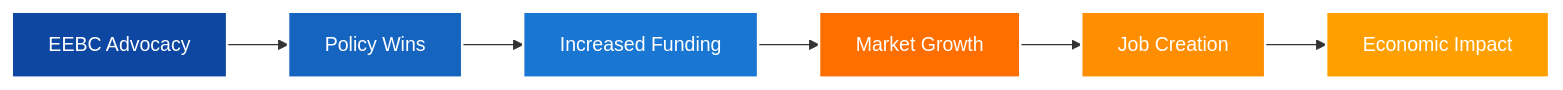
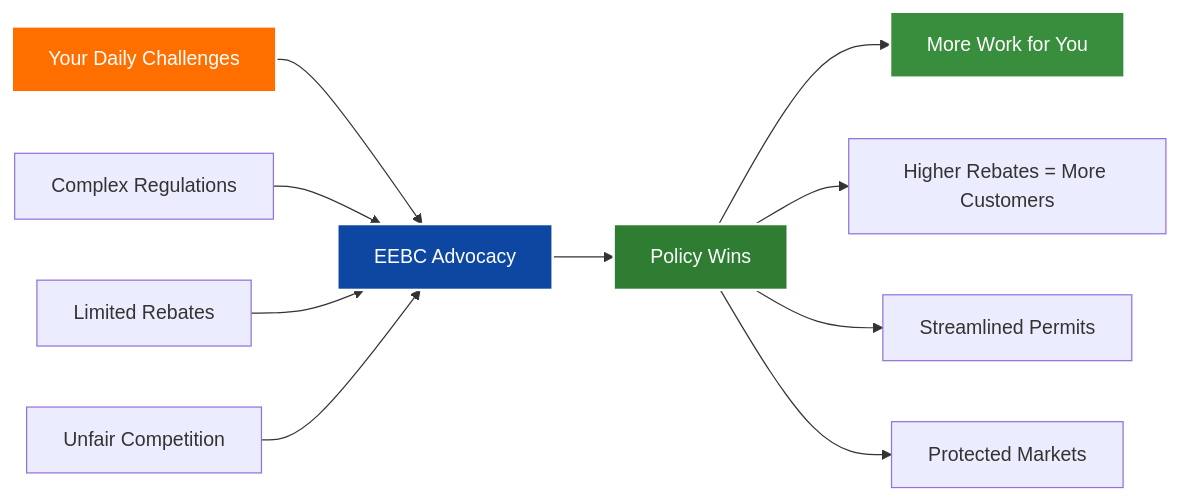
One commit to KontangoOSS/EEBCO_Main changed the first of 2 diagrams in README.md. Above: the diagram before and after it, drawn with Mermaid. The commit also changed other lines of this file, not shown here.

````diff
--- a/README.md
+++ b/README.md
@@ -154,15 +117,19 @@
 ```mermaid
 graph LR
-    A[EEBC Advocacy] --> B[Policy Wins]
-    B --> C[Increased Funding]
-    C --> D[Market Growth]
-    D --> E[Job Creation]
-    E --> F[Economic Impact]
+    A[Your Daily Challenges] --> B[EEBC Advocacy]
+    B --> C[Policy Wins]
+    C --> D[More Work for You]
     
-    style A fill:#0D47A1,stroke:#FFFFFF,stroke-width:2px,color:#fff
-    style B fill:#1565C0,stroke:#FFFFFF,stroke-width:2px,color:#fff
-    style C fill:#1976D2,stroke:#FFFFFF,stroke-width:2px,color:#fff
-    style D fill:#FF6F00,stroke:#FFFFFF,stroke-width:2px,color:#fff
-    style E fill:#FF8F00,stroke:#FFFFFF,stroke-width:2px,color:#fff
-    style F fill:#FFA000,stroke:#FFFFFF,stroke-width:2px,color:#fff
+    A1[Complex Regulations] --> B
+    A2[Limited Rebates] --> B
+    A3[Unfair Competition] --> B
+    
+    C --> D1[Higher Rebates = More Customers]
+    C --> D2[Streamlined Permits]
+    C --> D3[Protected Markets]
+    
+    style A fill:#FF6F00,stroke:#FFFFFF,stroke-width:2px,color:#fff
+    style B fill:#0D47A1,stroke:#FFFFFF,stroke-width:2px,color:#fff
+    style C fill:#2E7D32,stroke:#FFFFFF,stroke-width:2px,color:#fff
+    style D fill:#388E3C,stroke:#FFFFFF,stroke-width:2px,color:#fff
 ```
````
